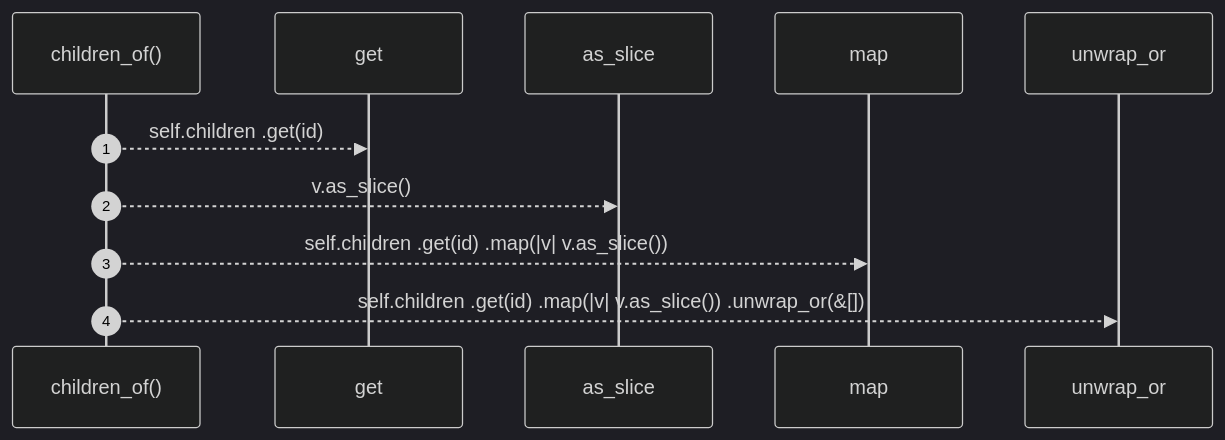
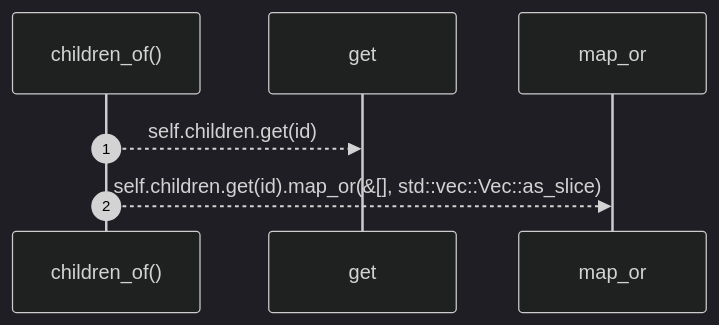
One commit to RyanGuild/self-describing-code changed the fourth of 4 diagrams in docs/self-model/robby_render/view/entrypoints/impl-calltree.md. Above: the diagram before and after it, drawn with Mermaid (dark theme). The commit also changed other lines of this file and 747 other files, not shown here.

````diff
--- a/docs/self-model/robby_render/view/entrypoints/impl-calltree.md
+++ b/docs/self-model/robby_render/view/entrypoints/impl-calltree.md
@@ -341,13 +331,9 @@
 ```mermaid
 sequenceDiagram
     autonumber
     participant children_of as children_of()
     participant get as get
-    participant as_slice as as_slice
-    participant map as map
-    participant unwrap_or as unwrap_or
-    children_of-->>get: self.children .get(id)
-    children_of-->>as_slice: v.as_slice()
-    children_of-->>map: self.children .get(id) .map(|v| v.as_slice())
-    children_of-->>unwrap_or: self.children .get(id) .map(|v| v.as_slice()) .unwrap_or(&[])
+    participant map_or as map_or
+    children_of-->>get: self.children.get(id)
+    children_of-->>map_or: self.children.get(id).map_or(&[], std::vec::Vec::as_slice)
 ```
````
